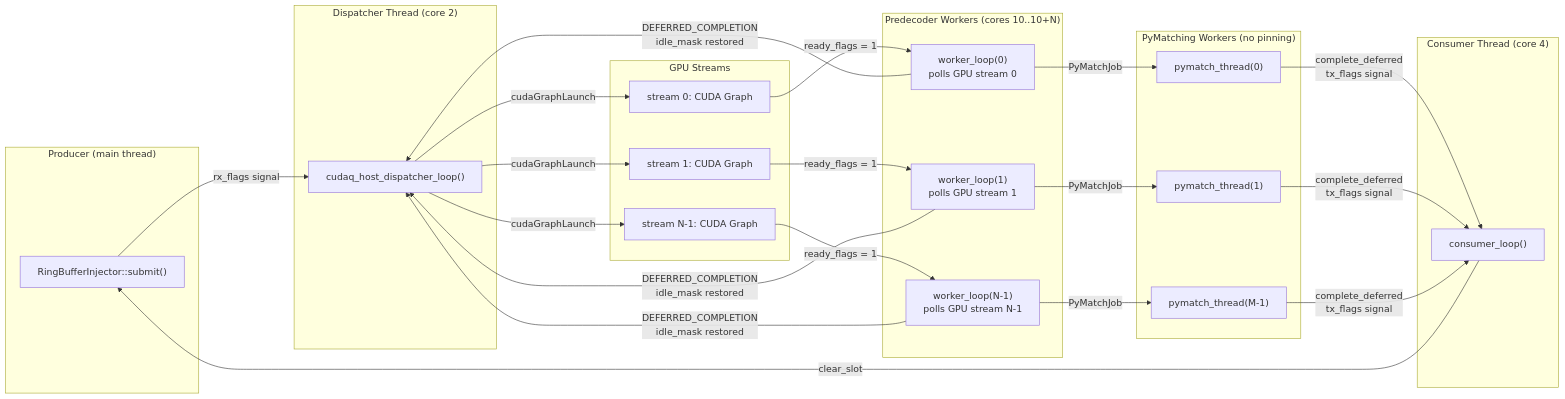
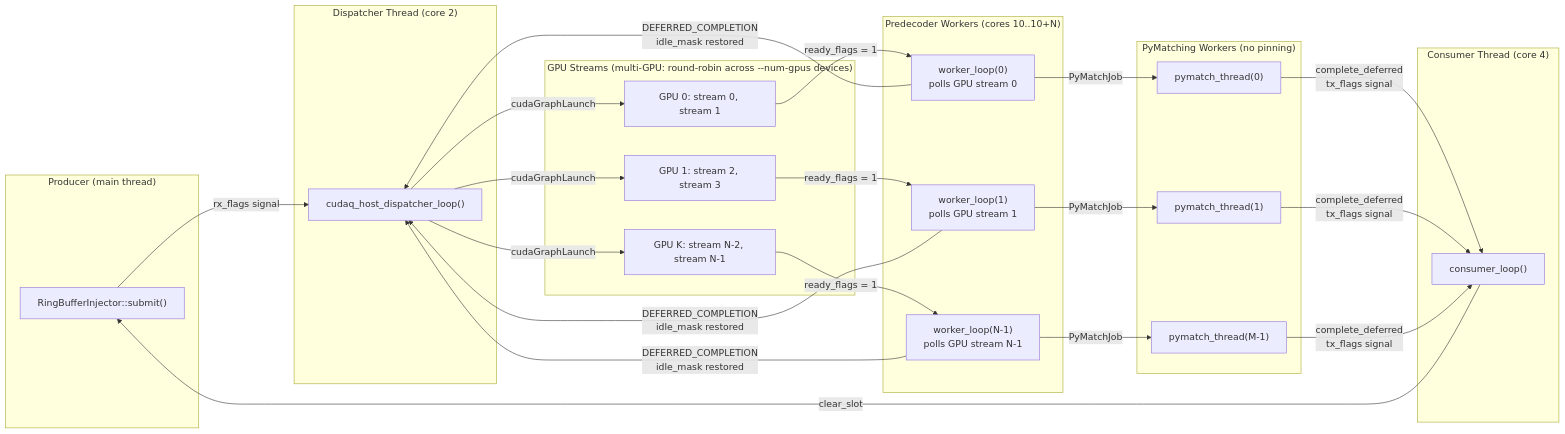
One commit to wsttiger/cudaqx changed the second of 8 diagrams in docs/realtime_pipeline_architecture.md. Above: the diagram before and after it, drawn with Mermaid. The commit also changed other lines of this file and 7 other files, not shown here.

First line of the commit message:
Add multi-GPU predecoder support and update docs for cudaq-realtime SDK changes

````diff
--- a/docs/realtime_pipeline_architecture.md
+++ b/docs/realtime_pipeline_architecture.md
@@ -78,50 +79,50 @@
 ```mermaid
 flowchart LR
     subgraph "Producer (main thread)"
         P["RingBufferInjector::submit()"]
     end
 
     subgraph "Dispatcher Thread (core 2)"
         D["cudaq_host_dispatcher_loop()"]
     end
 
     subgraph "Predecoder Workers (cores 10..10+N)"
         W0["worker_loop(0)<br>polls GPU stream 0"]
         W1["worker_loop(1)<br>polls GPU stream 1"]
         Wn["worker_loop(N-1)<br>polls GPU stream N-1"]
     end
 
     subgraph "PyMatching Workers (no pinning)"
         PM0["pymatch_thread(0)"]
         PM1["pymatch_thread(1)"]
         PMn["pymatch_thread(M-1)"]
     end
 
     subgraph "Consumer Thread (core 4)"
         C["consumer_loop()"]
     end
 
-    subgraph "GPU Streams"
-        G0["stream 0: CUDA Graph"]
-        G1["stream 1: CUDA Graph"]
-        Gn["stream N-1: CUDA Graph"]
+    subgraph "GPU Streams (multi-GPU: round-robin across --num-gpus devices)"
+        G0["GPU 0: stream 0, stream 1"]
+        G1["GPU 1: stream 2, stream 3"]
+        Gn["GPU K: stream N-2, stream N-1"]
     end
 
     P -->|"rx_flags signal"| D
     D -->|"cudaGraphLaunch"| G0
     D -->|"cudaGraphLaunch"| G1
     D -->|"cudaGraphLaunch"| Gn
     G0 -->|"ready_flags = 1"| W0
     G1 -->|"ready_flags = 1"| W1
     Gn -->|"ready_flags = 1"| Wn
     W0 -->|"DEFERRED_COMPLETION<br>idle_mask restored"| D
     W1 -->|"DEFERRED_COMPLETION<br>idle_mask restored"| D
     Wn -->|"DEFERRED_COMPLETION<br>idle_mask restored"| D
     W0 -->|"PyMatchJob"| PM0
     W1 -->|"PyMatchJob"| PM1
     Wn -->|"PyMatchJob"| PMn
     PM0 -->|"complete_deferred<br>tx_flags signal"| C
     PM1 -->|"complete_deferred<br>tx_flags signal"| C
     PMn -->|"complete_deferred<br>tx_flags signal"| C
     C -->|"clear_slot"| P
 ```
````
